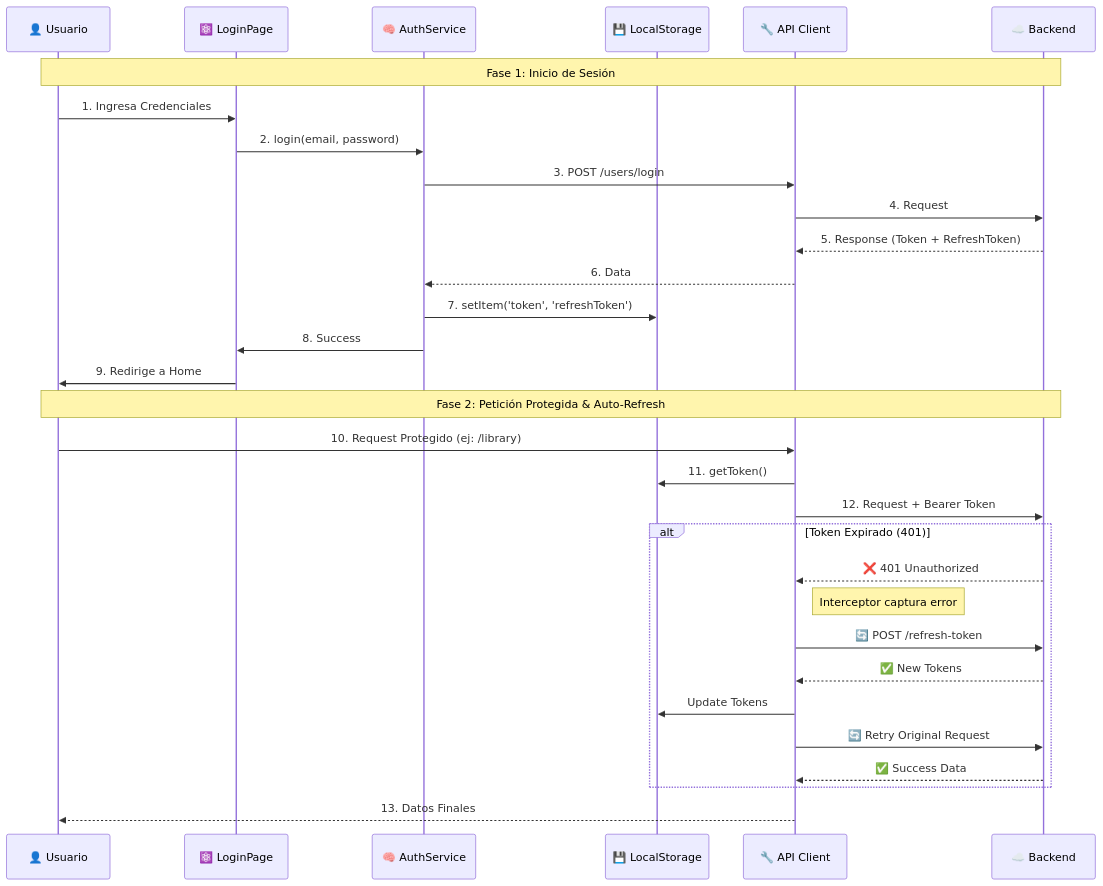
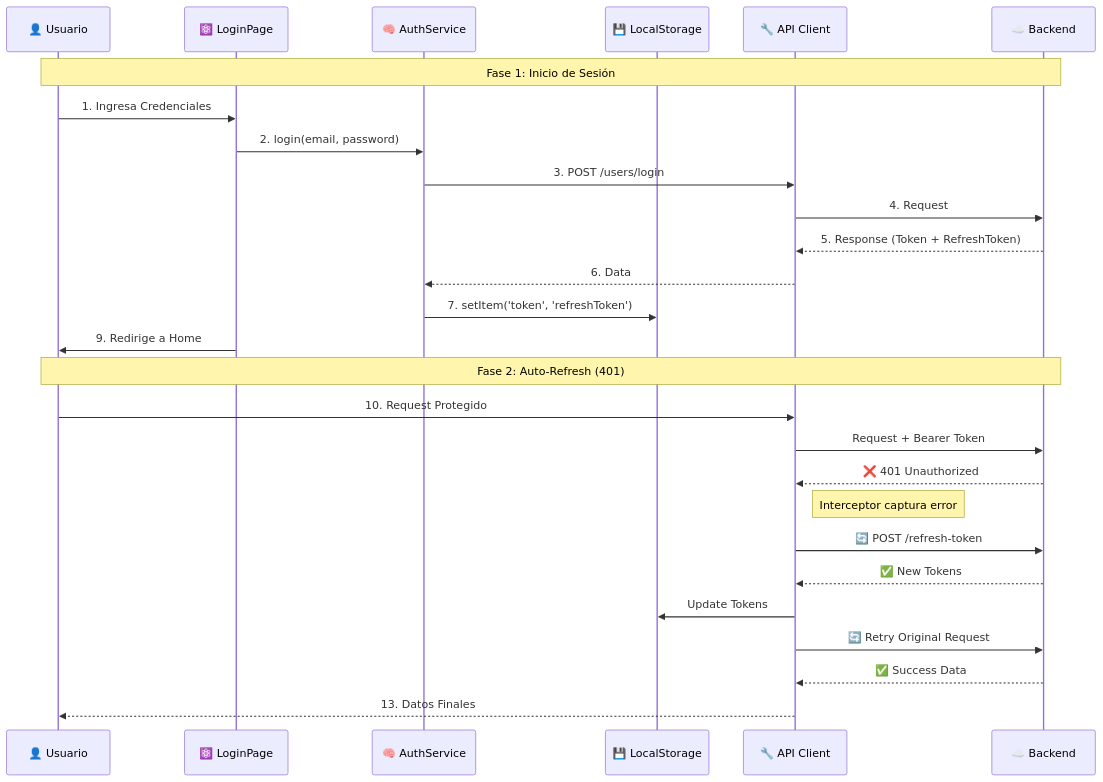
Before and after one commit to 3FactorLab/game_manager_front: the second of 5 diagrams in docs/architecture-front.md, drawn with Mermaid. The commit also changed other lines of this file, not shown here.

````diff
--- a/docs/architecture-front.md
+++ b/docs/architecture-front.md
@@ -548,37 +256,31 @@
 ```mermaid
 sequenceDiagram
     participant User as 👤 Usuario
     participant Login as ⚛️ LoginPage
     participant Auth as 🧠 AuthService
     participant Storage as 💾 LocalStorage
     participant API as 🔧 API Client
     participant Back as ☁️ Backend
 
     Note over User, Back: Fase 1: Inicio de Sesión
     User->>Login: 1. Ingresa Credenciales
     Login->>Auth: 2. login(email, password)
     Auth->>API: 3. POST /users/login
     API->>Back: 4. Request
     Back-->>API: 5. Response (Token + RefreshToken)
     API-->>Auth: 6. Data
     Auth->>Storage: 7. setItem('token', 'refreshToken')
-    Auth->>Login: 8. Success
     Login->>User: 9. Redirige a Home
 
-    Note over User, Back: Fase 2: Petición Protegida & Auto-Refresh
-
-    User->>API: 10. Request Protegido (ej: /library)
-    API->>Storage: 11. getToken()
-    API->>Back: 12. Request + Bearer Token
-
-    alt Token Expirado (401)
-        Back-->>API: ❌ 401 Unauthorized
-        Note right of API: Interceptor captura error
-        API->>Back: 🔄 POST /refresh-token
-        Back-->>API: ✅ New Tokens
-        API->>Storage: Update Tokens
-        API->>Back: 🔄 Retry Original Request
-        Back-->>API: ✅ Success Data
-    end
+    Note over User, Back: Fase 2: Auto-Refresh (401)
+    User->>API: 10. Request Protegido
+    API->>Back: Request + Bearer Token
+    Back-->>API: ❌ 401 Unauthorized
+    Note right of API: Interceptor captura error
+    API->>Back: 🔄 POST /refresh-token
+    Back-->>API: ✅ New Tokens
+    API->>Storage: Update Tokens
+    API->>Back: 🔄 Retry Original Request
+    Back-->>API: ✅ Success Data
     API-->>User: 13. Datos Finales
 ```
````
